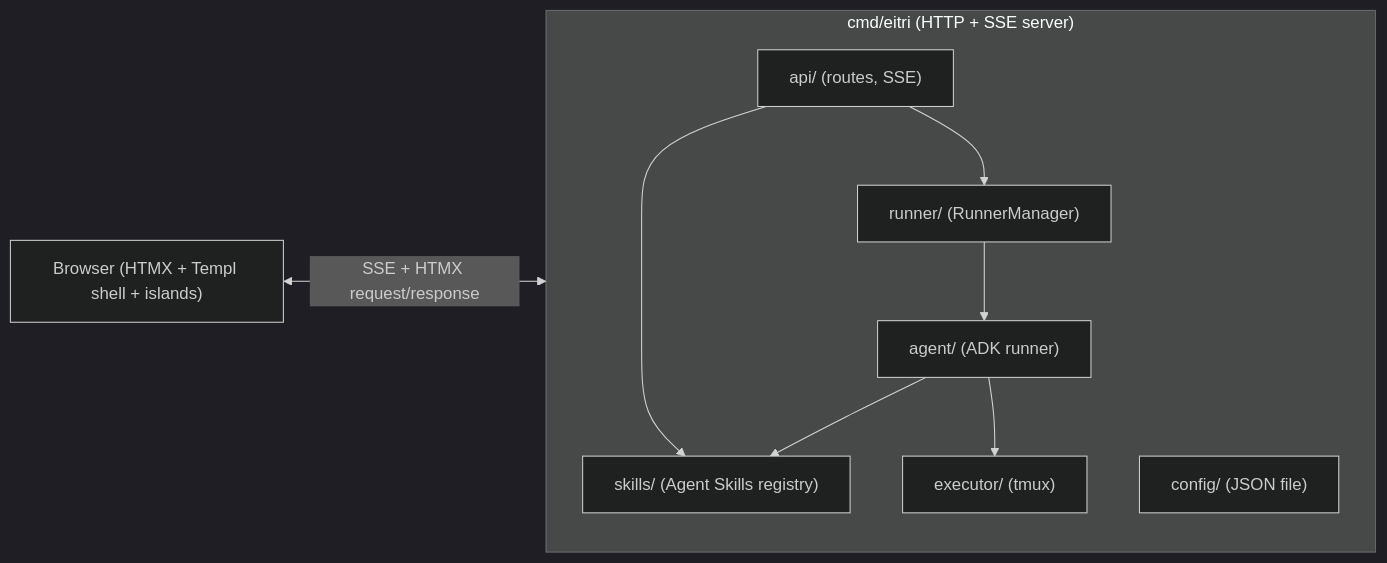
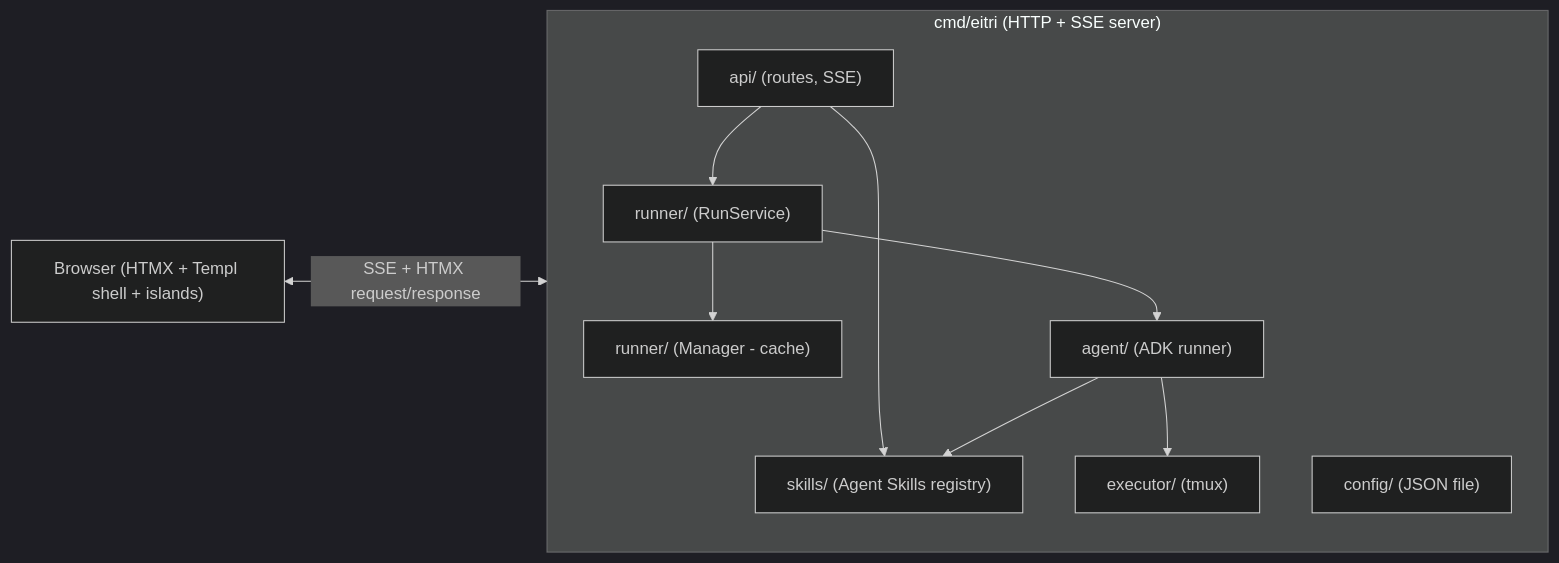
Before and after one commit to glemsom/eitri: the first of 2 diagrams in docs/ARCHITECTURE.md, drawn with Mermaid (dark theme). The commit also changed other lines of this file and 1 other file, not shown here.

First line of the commit message:
docs: update module docs for RunService consolidation (closes #190)

````diff
--- a/docs/ARCHITECTURE.md
+++ b/docs/ARCHITECTURE.md
@@ -11,20 +11,22 @@
 ```mermaid
 flowchart LR
     Browser["Browser (HTMX + Templ shell + islands)"]
 
     subgraph Server["cmd/eitri (HTTP + SSE server)"]
         API["api/ (routes, SSE)"]
-        Runner["runner/ (RunnerManager)"]
+        RunSvc["runner/ (RunService)"]
+        Runner["runner/ (Manager - cache)"]
         Agent["agent/ (ADK runner)"]
         Skills["skills/ (Agent Skills registry)"]
         Executor["executor/ (tmux)"]
         Config["config/ (JSON file)"]
     end
 
     Browser <-->|SSE + HTMX request/response| Server
-    API --> Runner
+    API --> RunSvc
     API --> Skills
-    Runner --> Agent
+    RunSvc --> Runner
+    RunSvc --> Agent
     Agent --> Skills
     Agent --> Executor
 ```
````
